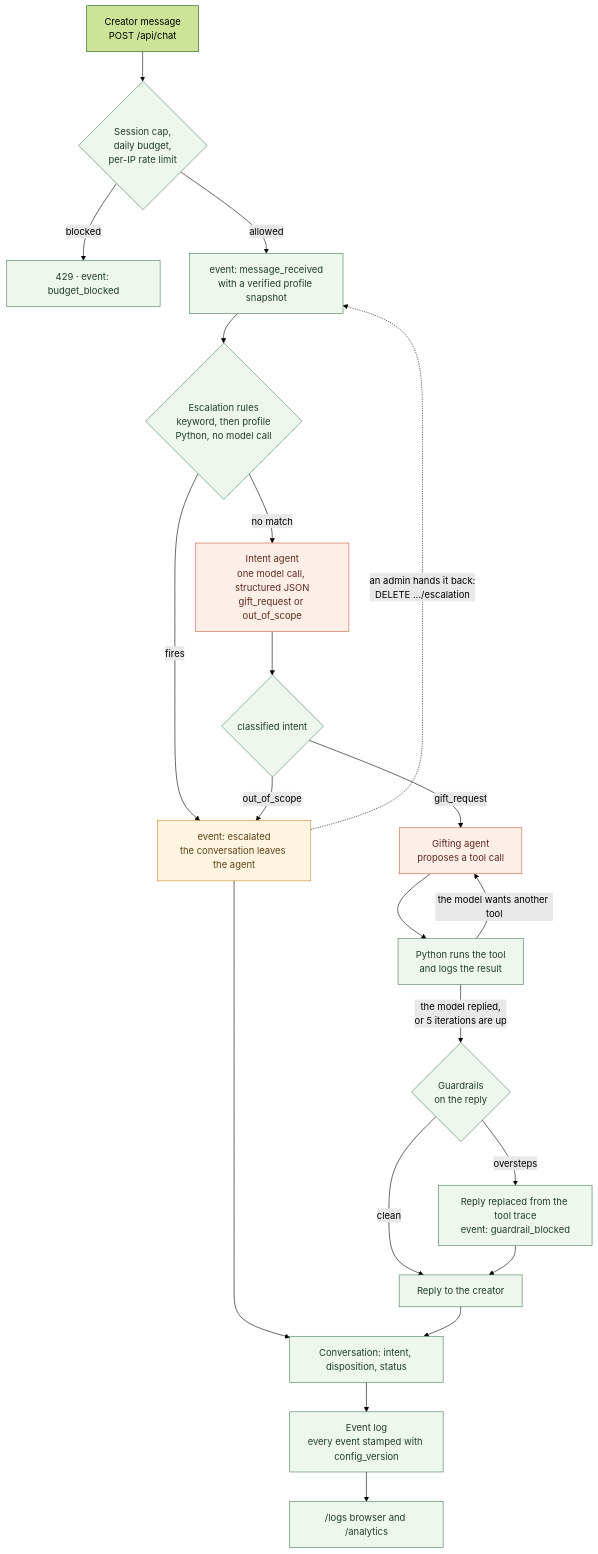
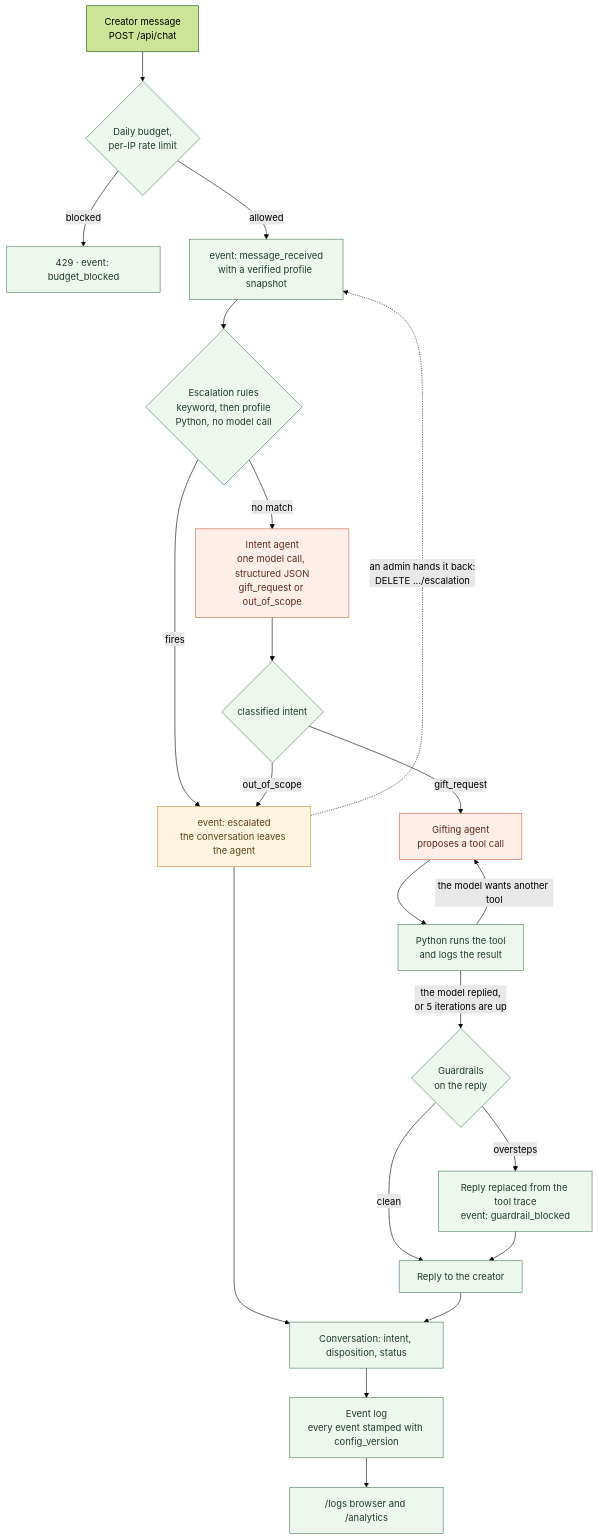
Before and after one commit to salbano210/storefront: the first of 2 diagrams in ARCHITECTURE.md, drawn with Mermaid (forest theme).

Commit message:
Drop the session cap from the architecture diagram

````diff
--- a/ARCHITECTURE.md
+++ b/ARCHITECTURE.md
@@ -19,35 +19,35 @@
 ```mermaid
 flowchart TD
-    IN["Creator message<br/>POST /api/chat"] --> GATE{"Session cap,<br/>daily budget,<br/>per-IP rate limit"}
+    IN["Creator message<br/>POST /api/chat"] --> GATE{"Daily budget,<br/>per-IP rate limit"}
     GATE -->|blocked| BLOCK["429 · event: budget_blocked"]
     GATE -->|allowed| RECV["event: message_received<br/>with a verified profile snapshot"]
 
     RECV --> ESC{"Escalation rules<br/>keyword, then profile<br/>Python, no model call"}
     ESC -->|fires| HUMAN["event: escalated<br/>the conversation leaves the agent"]
 
     ESC -->|no match| ROUTER["Intent agent<br/>one model call, structured JSON<br/>gift_request or out_of_scope"]
     ROUTER --> DECIDE{"classified intent"}
     DECIDE -->|out_of_scope| HUMAN
 
     DECIDE -->|gift_request| PLAN["Gifting agent<br/>proposes a tool call"]
     PLAN --> RUN["Python runs the tool<br/>and logs the result"]
     RUN -->|"the model wants another tool"| PLAN
     RUN -->|"the model replied,<br/>or 5 iterations are up"| GUARD{"Guardrails<br/>on the reply"}
 
     GUARD -->|oversteps| REPLACE["Reply replaced from the tool trace<br/>event: guardrail_blocked"]
     GUARD -->|clean| SEND["Reply to the creator"]
     REPLACE --> SEND
 
     HUMAN --> STATE["Conversation: intent, disposition, status"]
     SEND --> STATE
     STATE --> EVENTS["Event log<br/>every event stamped with config_version"]
     EVENTS --> VIEWS["/logs browser and /analytics"]
     HUMAN -.->|"an admin hands it back:<br/>DELETE .../escalation"| RECV
 
     classDef llm fill:#fdeee8,stroke:#c9613f,color:#5c2a1b
     classDef py fill:#eef7ee,stroke:#4a7c59,color:#1f3d2b
     classDef exit fill:#fff4e0,stroke:#c98a2f,color:#5c4318
     class ROUTER,PLAN llm
     class GATE,ESC,DECIDE,GUARD,RUN,RECV,STATE,EVENTS,VIEWS,SEND,REPLACE,BLOCK py
     class HUMAN exit
 ```
````
